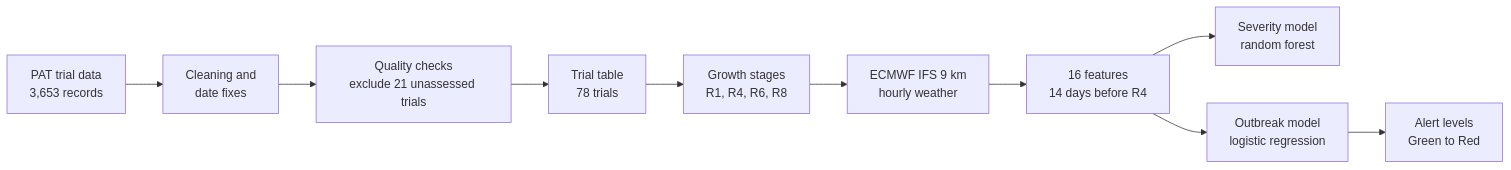
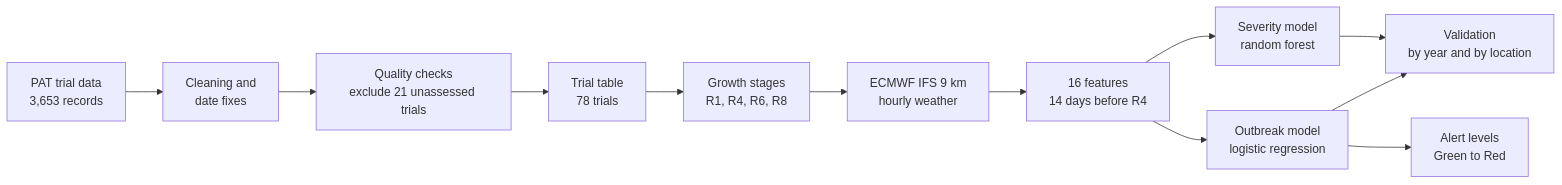
The diagram in README.md (jovinvicent10/sbr-early-warning), drawn with Mermaid before and after one commit. The commit also changed other lines of this file and 7 other files, not shown here.

````diff
--- a/README.md
+++ b/README.md
@@ -35,12 +43,14 @@
 ```mermaid
 flowchart LR
     A[PAT trial data<br/>3,653 records] --> B[Cleaning and<br/>date fixes]
     B --> C[Quality checks<br/>exclude 21 unassessed trials]
     C --> D[Trial table<br/>78 trials]
     D --> E[Growth stages<br/>R1, R4, R6, R8]
     E --> F[ECMWF IFS 9 km<br/>hourly weather]
     F --> G[16 features<br/>14 days before R4]
     G --> H[Severity model<br/>random forest]
     G --> I[Outbreak model<br/>logistic regression]
+    H --> K[Validation<br/>by year and by location]
+    I --> K
     I --> J[Alert levels<br/>Green to Red]
 ```
````
